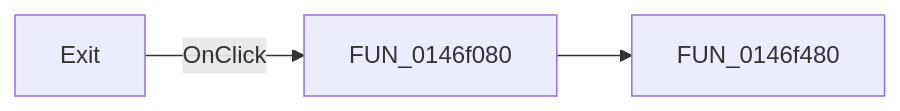
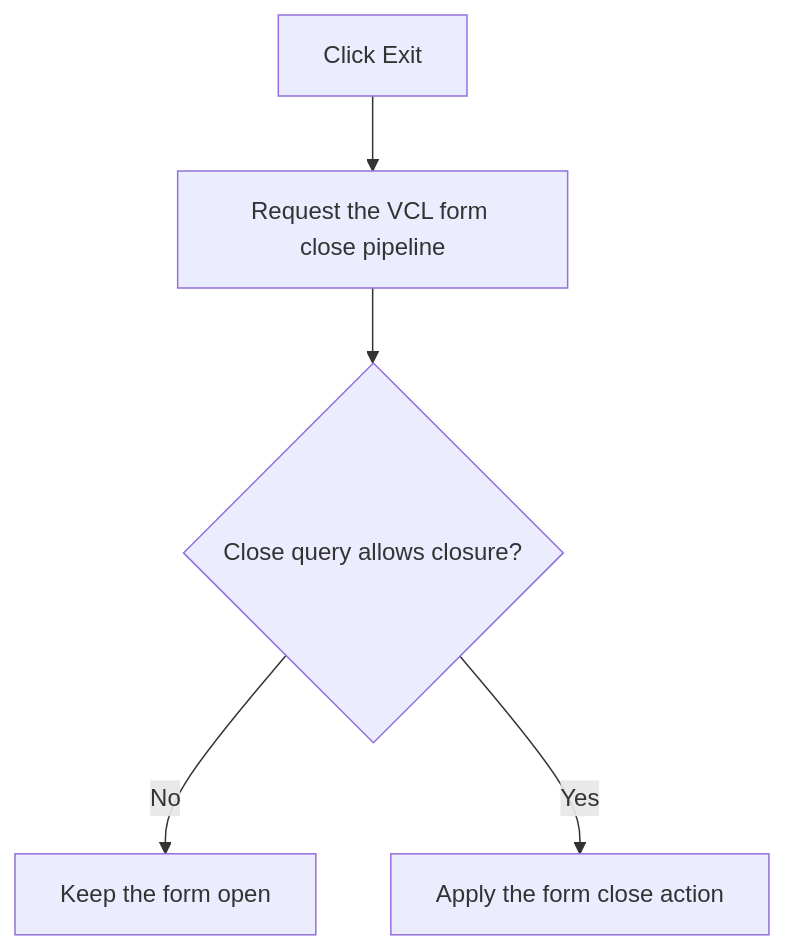
Before and after one commit to MovGP0/TIARA: the diagram in docs/ui-controls/pymainform/mnexit-0f8b7d4c5f.md, drawn with Mermaid. The commit also changed other lines of this file and 1062 other files, not shown here.

````diff
--- a/docs/ui-controls/pymainform/mnexit-0f8b7d4c5f.md
+++ b/docs/ui-controls/pymainform/mnexit-0f8b7d4c5f.md
@@ -27,5 +29,7 @@
 ```mermaid
-flowchart LR
-    control["Exit"] -->|OnClick| handler["FUN_0146f080"]
-    handler --> call1["FUN_0146f480"]
+flowchart TD
+    control["Click Exit"] --> close["Request the VCL form close pipeline"]
+    close --> allowed{"Close query allows closure?"}
+    allowed -->|No| keep["Keep the form open"]
+    allowed -->|Yes| action["Apply the form close action"]
 ```
````
